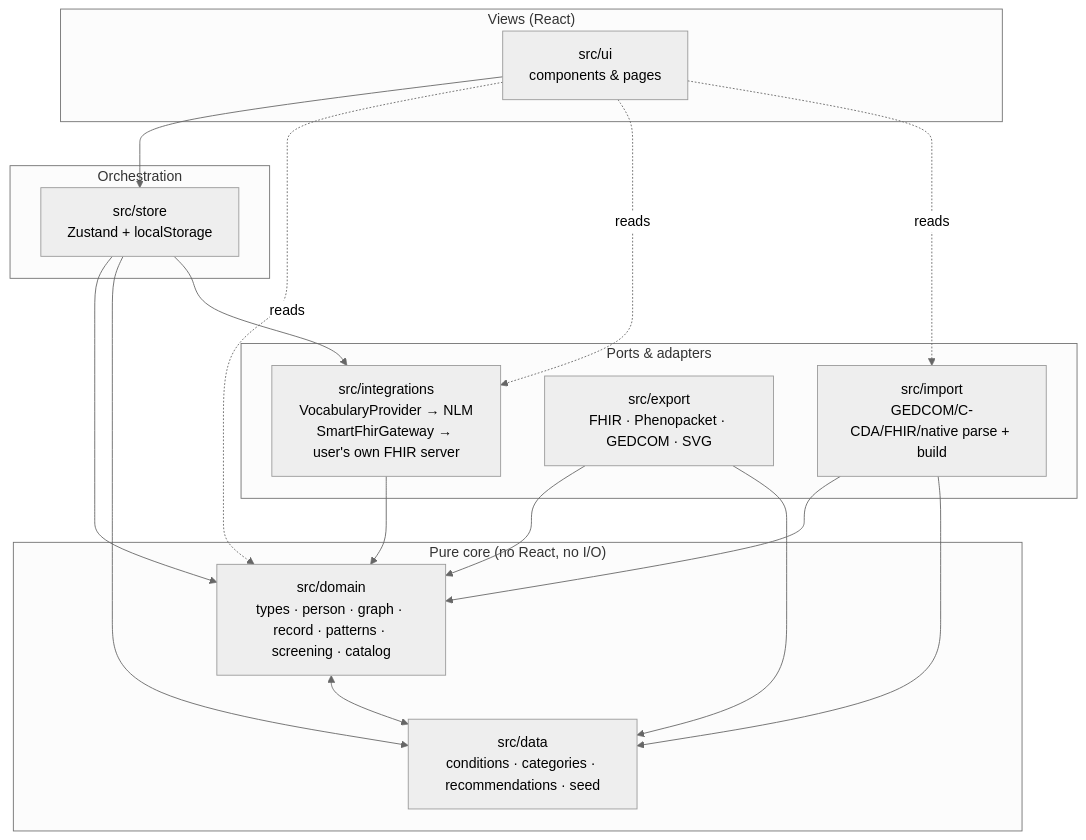
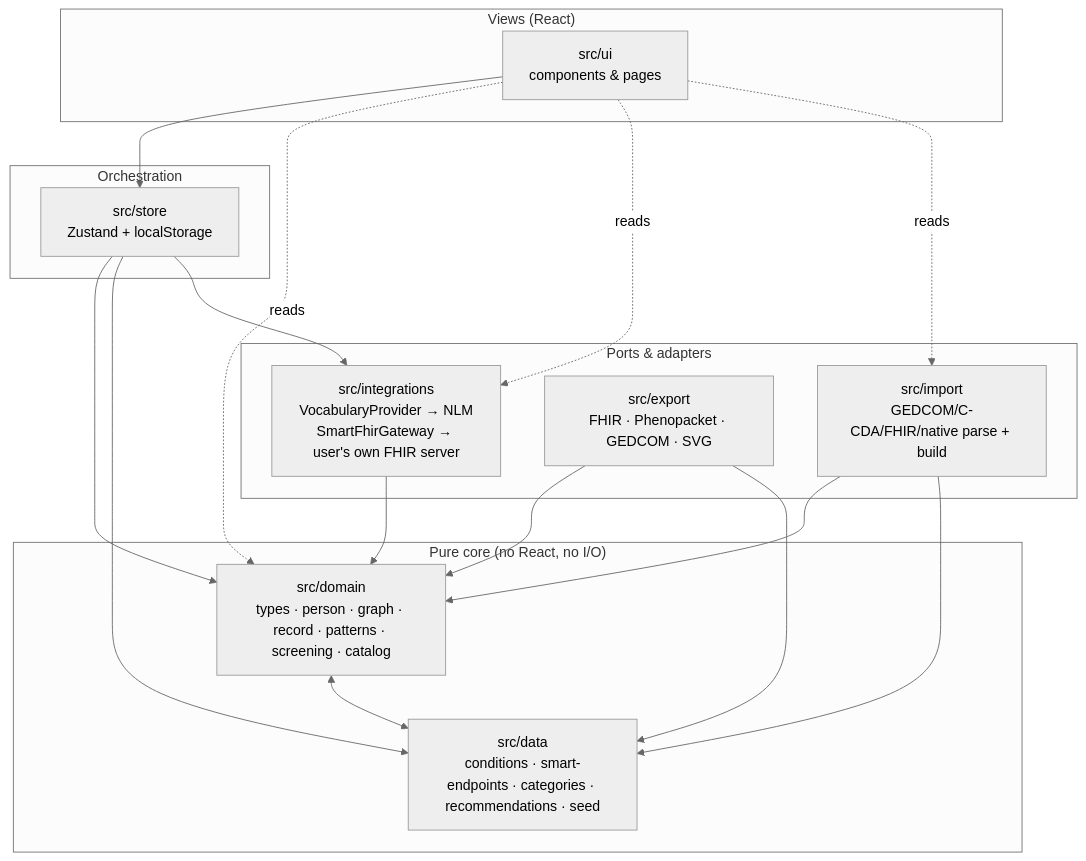
One commit to kabaka/stemma changed the diagram in docs/ARCHITECTURE.md. Above: the diagram before and after it, drawn with Mermaid (neutral theme). The commit also changed other lines of this file and 31 other files, not shown here.

First line of the commit message:
feat(import): searchable Epic provider picker and a one-shot, reachable connect/sync flow (#50)

````diff
--- a/docs/ARCHITECTURE.md
+++ b/docs/ARCHITECTURE.md
@@ -29,32 +29,32 @@
 ```mermaid
 graph TD
     subgraph views["Views (React)"]
       UI["src/ui<br/>components & pages"]
     end
     subgraph orchestration["Orchestration"]
       STORE["src/store<br/>Zustand + localStorage"]
     end
     subgraph ports["Ports & adapters"]
       INT["src/integrations<br/>VocabularyProvider → NLM<br/>SmartFhirGateway → user's own FHIR server"]
       EXP["src/export<br/>FHIR · Phenopacket · GEDCOM · SVG"]
       IMP["src/import<br/>GEDCOM/C-CDA/FHIR/native parse + build"]
     end
     subgraph core["Pure core (no React, no I/O)"]
       DOMAIN["src/domain<br/>types · person · graph · record · patterns · screening · catalog"]
-      DATA["src/data<br/>conditions · categories · recommendations · seed"]
+      DATA["src/data<br/>conditions · smart-endpoints · categories · recommendations · seed"]
     end
 
     UI --> STORE
     UI -.reads.-> DOMAIN
     UI -.reads.-> INT
     UI -.reads.-> IMP
     STORE --> DOMAIN
     STORE --> DATA
     STORE --> INT
     INT --> DOMAIN
     EXP --> DOMAIN
     EXP --> DATA
     IMP --> DOMAIN
     IMP --> DATA
     DOMAIN <--> DATA
 ```
````
